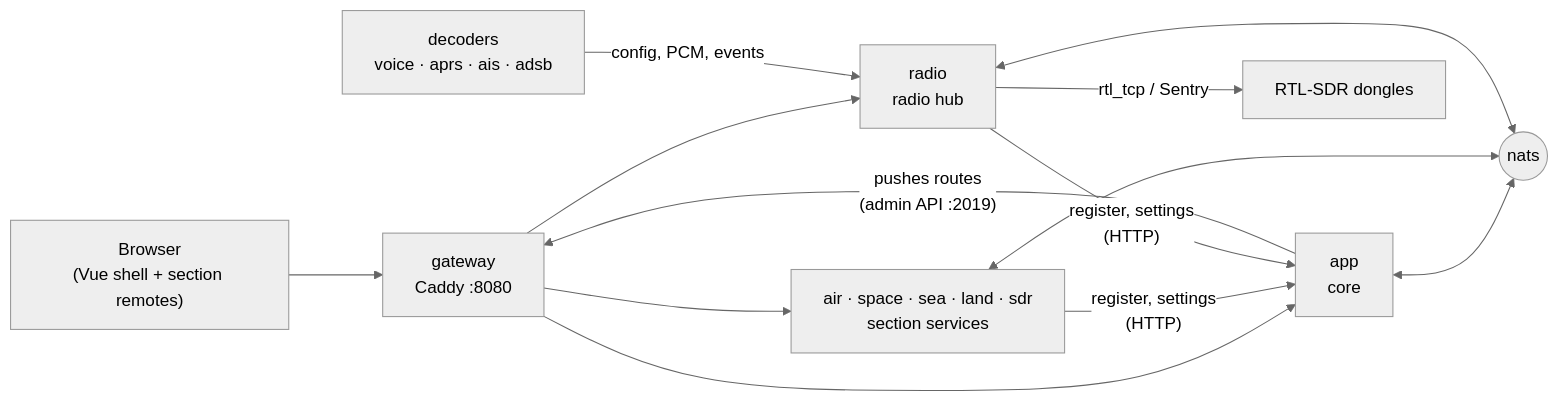
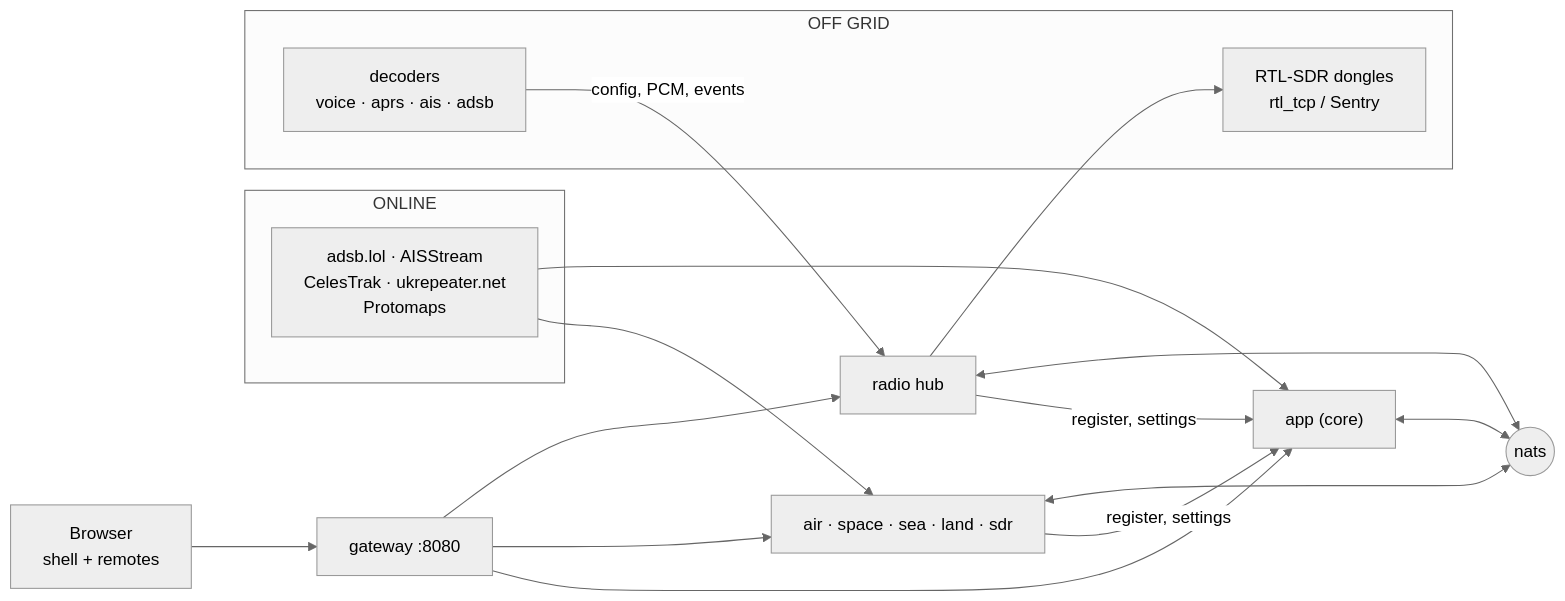
The diagram in docs/architecture/overview.md (barrygee/Sentinel), drawn with Mermaid (neutral theme) before and after one commit. The commit also changed other lines of this file and 37 other files, not shown here.

````diff
--- a/docs/architecture/overview.md
+++ b/docs/architecture/overview.md
@@ -20,17 +16,25 @@
 ```mermaid
 flowchart LR
-    browser["Browser<br/>(Vue shell + section remotes)"] --> gateway["gateway<br/>Caddy :8080"]
-    gateway --> app["app<br/>core"]
-    gateway --> sections["air · space · sea · land · sdr<br/>section services"]
-    gateway --> radio["radio<br/>radio hub"]
-    sections -- "register, settings<br/>(HTTP)" --> app
-    radio -- "register, settings<br/>(HTTP)" --> app
-    app -- "pushes routes<br/>(admin API :2019)" --> gateway
+    browser["Browser<br/>shell + remotes"] --> gateway["gateway :8080"]
+    gateway --> app["app (core)"]
+    gateway --> sections["air · space · sea · land · sdr"]
+    gateway --> radio["radio hub"]
+    sections -- "register, settings" --> app
+    radio -- "register, settings" --> app
     app <--> nats(("nats"))
     sections <--> nats
     radio <--> nats
-    radio -- "rtl_tcp / Sentry" --> dongles["RTL-SDR dongles"]
-    decoders["decoders<br/>voice · aprs · ais · adsb"] -- "config, PCM, events" --> radio
-    class gateway accent
-    class nats accent
+    subgraph onlineFeeds["ONLINE"]
+        feeds["adsb.lol · AISStream<br/>CelesTrak · ukrepeater.net<br/>Protomaps"]
+    end
+    subgraph offgridRadios["OFF GRID"]
+        dongles["RTL-SDR dongles<br/>rtl_tcp / Sentry"]
+        decoders["decoders<br/>voice · aprs · ais · adsb"]
+    end
+    feeds --> sections
+    feeds --> app
+    radio --> dongles
+    decoders -- "config, PCM, events" --> radio
+    class onlineFeeds online
+    class offgridRadios offgrid
 ```
````
